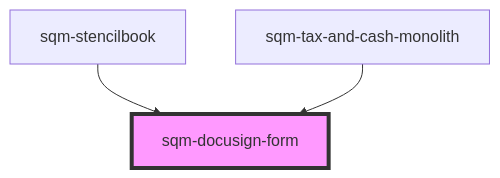
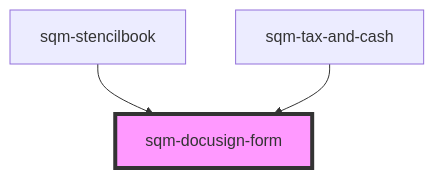
Before and after one commit to saasquatch/program-tools: the diagram in packages/mint-components/src/components/tax-and-cash/sqm-docusign-form/readme.md, drawn with Mermaid. The commit also changed other lines of this file and 21 other files, not shown here.

````diff
--- a/packages/mint-components/src/components/tax-and-cash/sqm-docusign-form/readme.md
+++ b/packages/mint-components/src/components/tax-and-cash/sqm-docusign-form/readme.md
@@ -36,6 +36,6 @@
 ```mermaid
 graph TD;
   sqm-stencilbook --> sqm-docusign-form
-  sqm-tax-and-cash-monolith --> sqm-docusign-form
+  sqm-tax-and-cash --> sqm-docusign-form
   style sqm-docusign-form fill:#f9f,stroke:#333,stroke-width:4px
 ```
````
